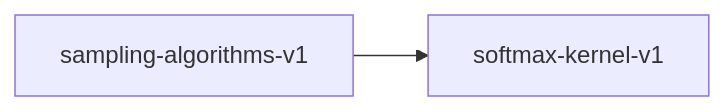
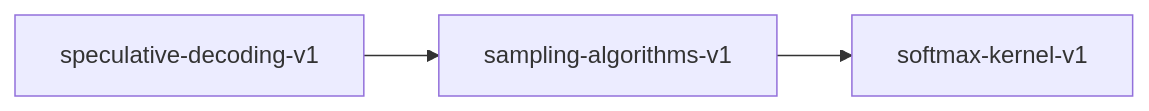
One commit to paiml/provable-contracts changed the diagram in book/src/contracts/sampling-algorithms-v1.md. Above: the diagram before and after it, drawn with Mermaid. The commit also changed other lines of this file and 136 other files, not shown here.

````diff
--- a/book/src/contracts/sampling-algorithms-v1.md
+++ b/book/src/contracts/sampling-algorithms-v1.md
@@ -18,4 +18,5 @@
 ```mermaid
 graph LR
     sampling_algorithms_v1["sampling-algorithms-v1"] --> softmax_kernel_v1["softmax-kernel-v1"]
+    speculative_decoding_v1["speculative-decoding-v1"] --> sampling_algorithms_v1["sampling-algorithms-v1"]
 ```
````
